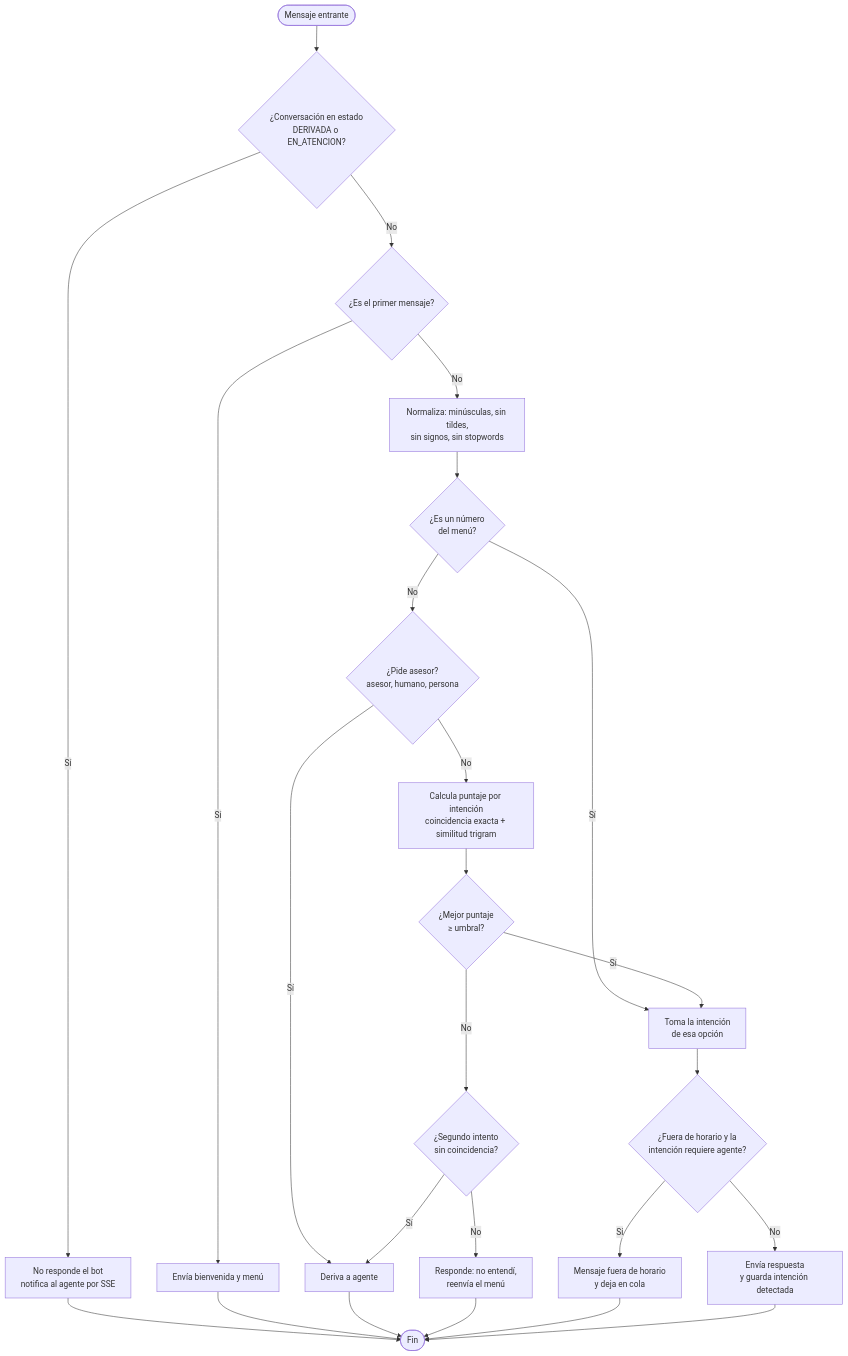
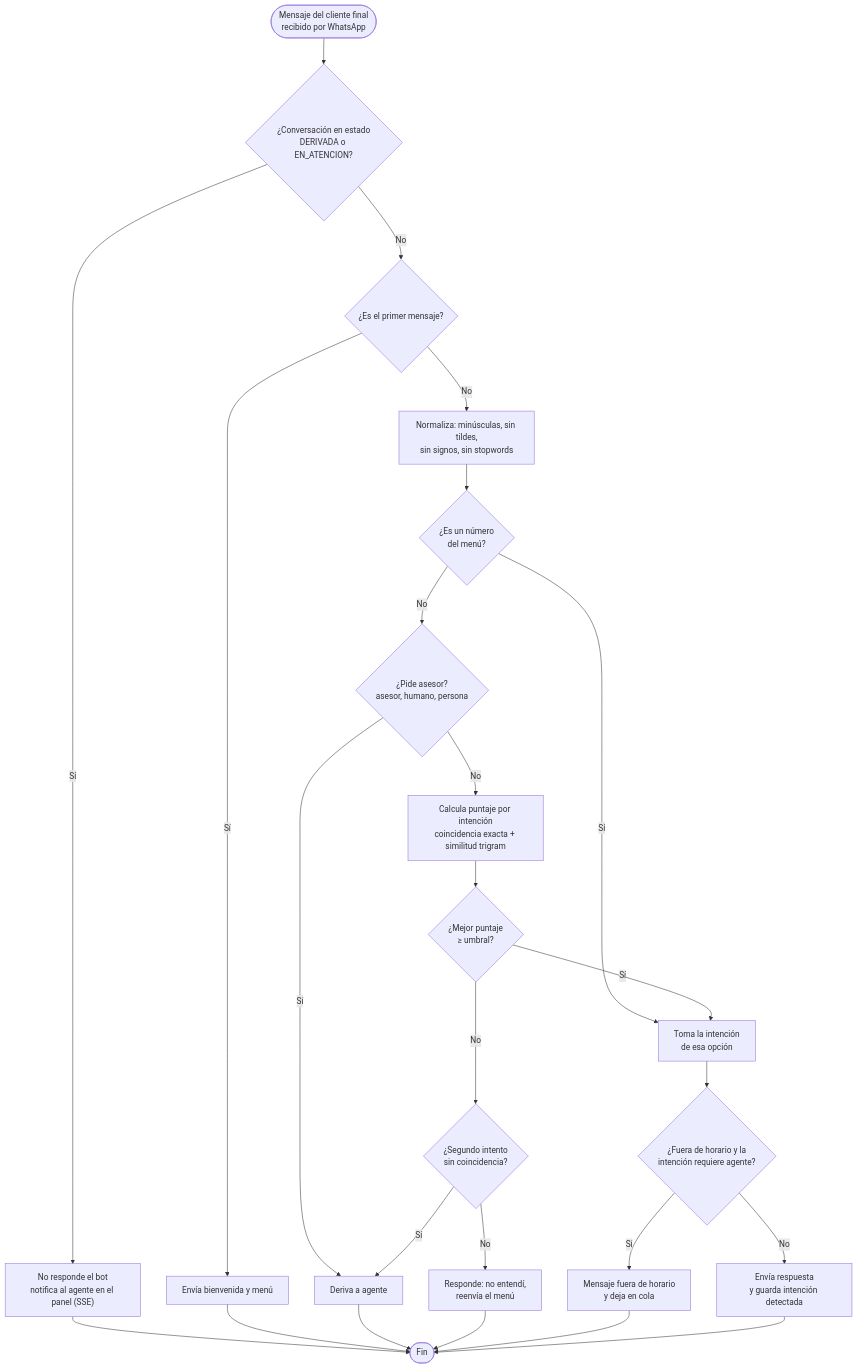
One commit to GerardoGM14/app-tesis-chatbot changed the diagram in docs/03-procesos/sistema/motor-del-bot.md. Above: the diagram before and after it, drawn with Mermaid. The commit also changed 14 other files, not shown here.

Commit message:
docs: procesos de negocio y del sistema por canal de acceso

````diff
--- a/docs/03-procesos/sistema/motor-del-bot.md
+++ b/docs/03-procesos/sistema/motor-del-bot.md
@@ -5,21 +5,21 @@
 ```mermaid
 flowchart TB
-  S(["Mensaje entrante"]) --> E{"¿Conversación en estado<br/>DERIVADA o EN_ATENCION?"}
-  E -- "Sí" --> H["No responde el bot<br/>notifica al agente por SSE"] --> F(["Fin"])
+  S(["Mensaje del cliente final<br/>recibido por WhatsApp"]) --> E{"¿Conversación en estado<br/>DERIVADA o EN_ATENCION?"}
+  E -- "Sí" --> H["No responde el bot<br/>notifica al agente en el panel (SSE)"] --> F(["Fin"])
   E -- "No" --> W{"¿Es el primer mensaje?"}
   W -- "Sí" --> WB["Envía bienvenida y menú"] --> F
   W -- "No" --> N["Normaliza: minúsculas, sin tildes,<br/>sin signos, sin stopwords"]
   N --> K{"¿Es un número<br/>del menú?"}
   K -- "Sí" --> I["Toma la intención<br/>de esa opción"]
   K -- "No" --> X{"¿Pide asesor?<br/>asesor, humano, persona"}
   X -- "Sí" --> D["Deriva a agente"] --> F
   X -- "No" --> P["Calcula puntaje por intención<br/>coincidencia exacta + similitud trigram"]
   P --> U{"¿Mejor puntaje<br/>≥ umbral?"}
   U -- "Sí" --> I
   U -- "No" --> R{"¿Segundo intento<br/>sin coincidencia?"}
   R -- "Sí" --> D
   R -- "No" --> M["Responde: no entendí,<br/>reenvía el menú"] --> F
   I --> O{"¿Fuera de horario y la<br/>intención requiere agente?"}
   O -- "Sí" --> FH["Mensaje fuera de horario<br/>y deja en cola"] --> F
   O -- "No" --> RS["Envía respuesta<br/>y guarda intención detectada"] --> F
 ```
````
